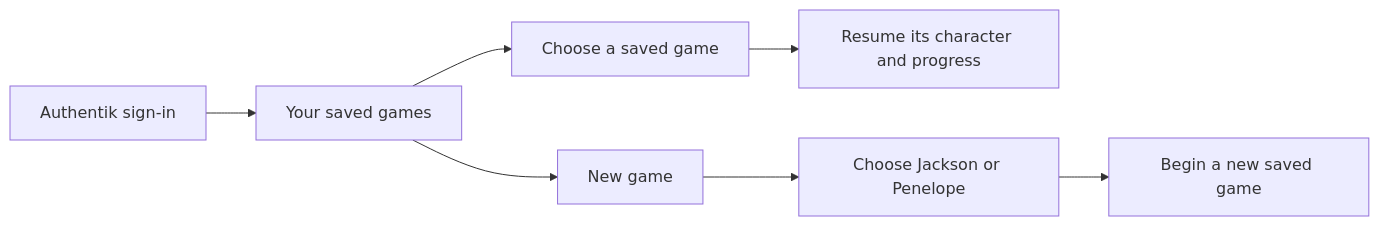
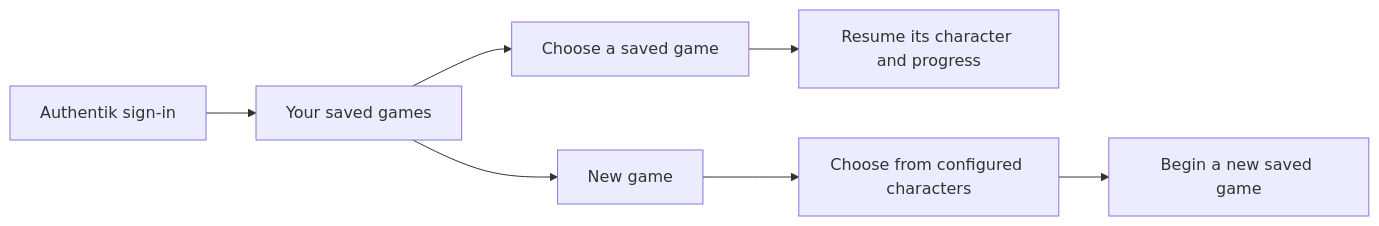
The diagram in docs/prds/001-project-brief.md (thaynes43/haynes-quest), drawn with Mermaid before and after one commit. The commit also changed other lines of this file and 11 other files, not shown here.

````diff
--- a/docs/prds/001-project-brief.md
+++ b/docs/prds/001-project-brief.md
@@ -39,9 +41,9 @@
 ```mermaid
 flowchart LR
     A[Authentik sign-in] --> B[Your saved games]
     B --> C[Choose a saved game]
     C --> D[Resume its character and progress]
     B --> E[New game]
-    E --> F[Choose Jackson or Penelope]
+    E --> F[Choose from configured characters]
     F --> G[Begin a new saved game]
 ```
````
